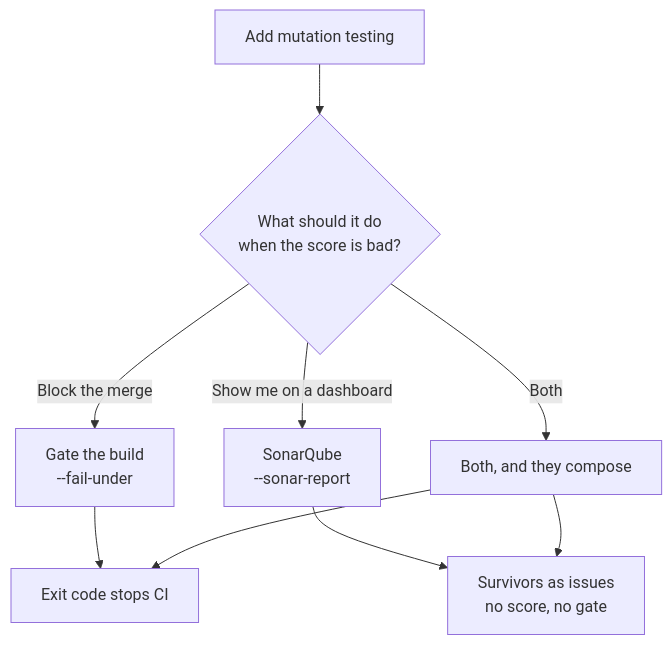
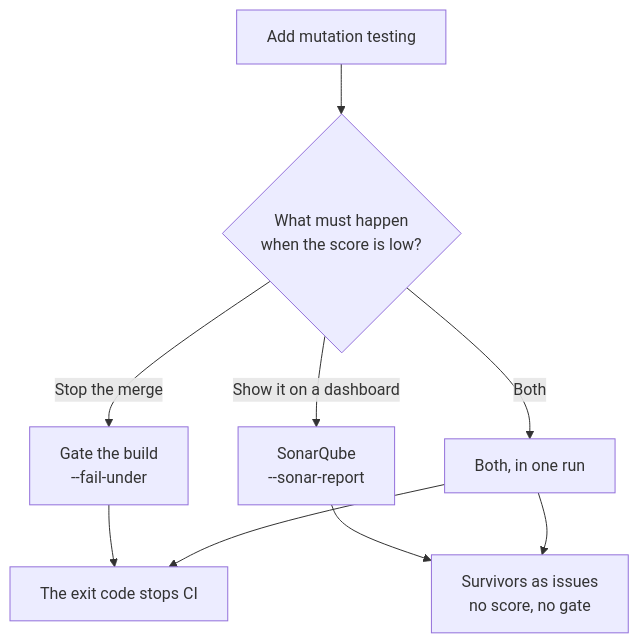
The diagram in docs/ai-setup.md (kvandeh/Angelo), drawn with Mermaid before and after one commit. The commit also changed other lines of this file and 19 other files, not shown here.

````diff
--- a/docs/ai-setup.md
+++ b/docs/ai-setup.md
@@ -20,11 +19,11 @@
 ```mermaid
 flowchart TD
-    A[Add mutation testing] --> B{What should it do<br>when the score is bad?}
-    B -->|Block the merge| C[Gate the build<br>--fail-under]
-    B -->|Show me on a dashboard| D[SonarQube<br>--sonar-report]
-    B -->|Both| E[Both, and they compose]
-    C --> F[Exit code stops CI]
+    A[Add mutation testing] --> B{What must happen<br>when the score is low?}
+    B -->|Stop the merge| C[Gate the build<br>--fail-under]
+    B -->|Show it on a dashboard| D[SonarQube<br>--sonar-report]
+    B -->|Both| E[Both, in one run]
+    C --> F[The exit code stops CI]
     D --> G[Survivors as issues<br>no score, no gate]
     E --> F
     E --> G
 ```
````
